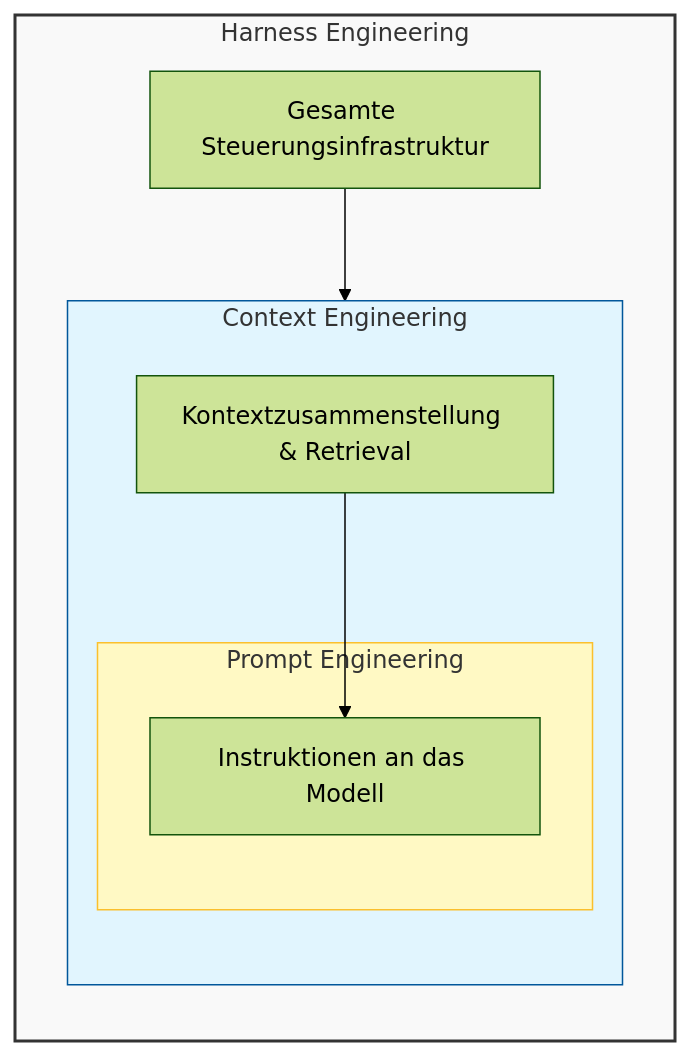
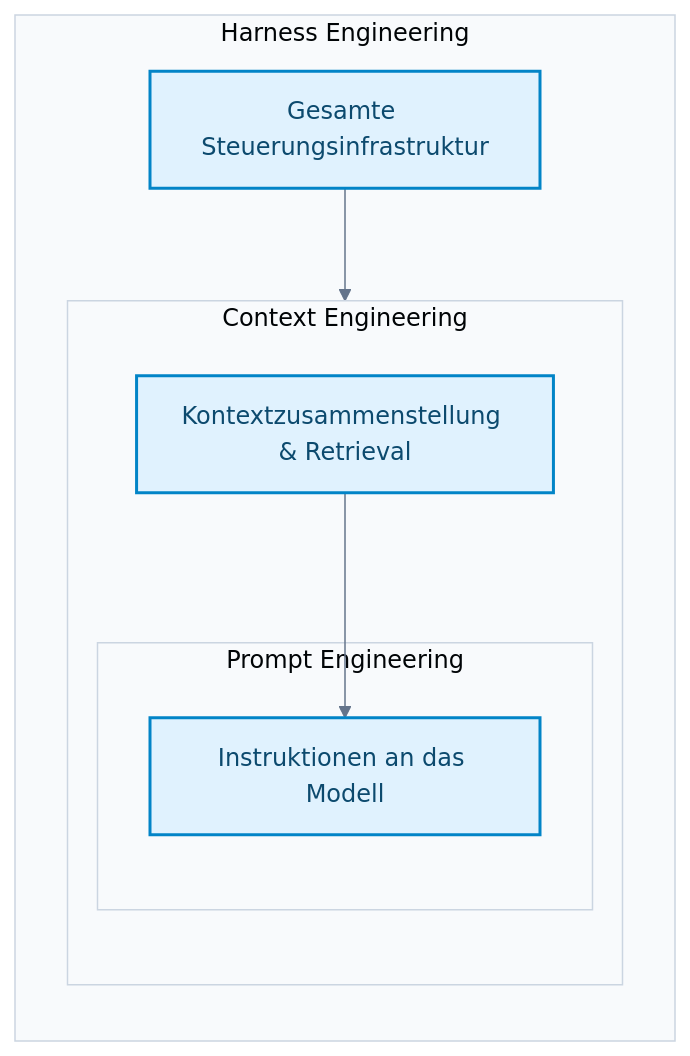
Before and after one commit to ralf-42/GenAI: diagram 12 of 12 in docs/08-agenten/agent-architekturen.md, drawn with Mermaid. The commit also changed other lines of this file and 25 other files, not shown here.

````diff
--- a/docs/08-agenten/agent-architekturen.md
+++ b/docs/08-agenten/agent-architekturen.md
@@ -411,25 +630,40 @@
 ```mermaid
-%%{init: {'theme':'forest'}}%%
+---
+config:
+  theme: base
+  look: classic
+  themeVariables:
+    primaryColor: '#e0f2fe'
+    primaryBorderColor: '#0284c7'
+    primaryTextColor: '#1e293b'
+    lineColor: '#64748b'
+    clusterBkg: '#f8fafc'
+    clusterBorder: '#cbd5e1'
+    noteBkgColor: '#fef3c7'
+    noteBorderColor: '#d97706'
+    noteTextColor: '#78350f'
+    edgeLabelBackground: '#ffffff'
+---
+
 flowchart TB
     subgraph Harness["Harness Engineering"]
         direction TB
         H_Info["Gesamte Steuerungsinfrastruktur"]
-        
+
         subgraph Context["Context Engineering"]
             direction TB
             C_Info["Kontextzusammenstellung & Retrieval"]
-            
+
             subgraph Prompt["Prompt Engineering"]
                 P_Info["Instruktionen an das Modell"]
             end
-            
+
             C_Info --> P_Info
         end
-        
+
         H_Info --> C_Info
     end
 
-    style Harness fill:#f9f9f9,stroke:#333,stroke-width:2px
-    style Context fill:#e1f5fe,stroke:#01579b
-    style Prompt fill:#fff9c4,stroke:#fbc02d
+%% Funktionsfarben nach Mermaid_Best_Practices.md
+classDef default fill:#e0f2fe,stroke:#0284c7,stroke-width:2px,color:#0c4a6e;
 ```
````
